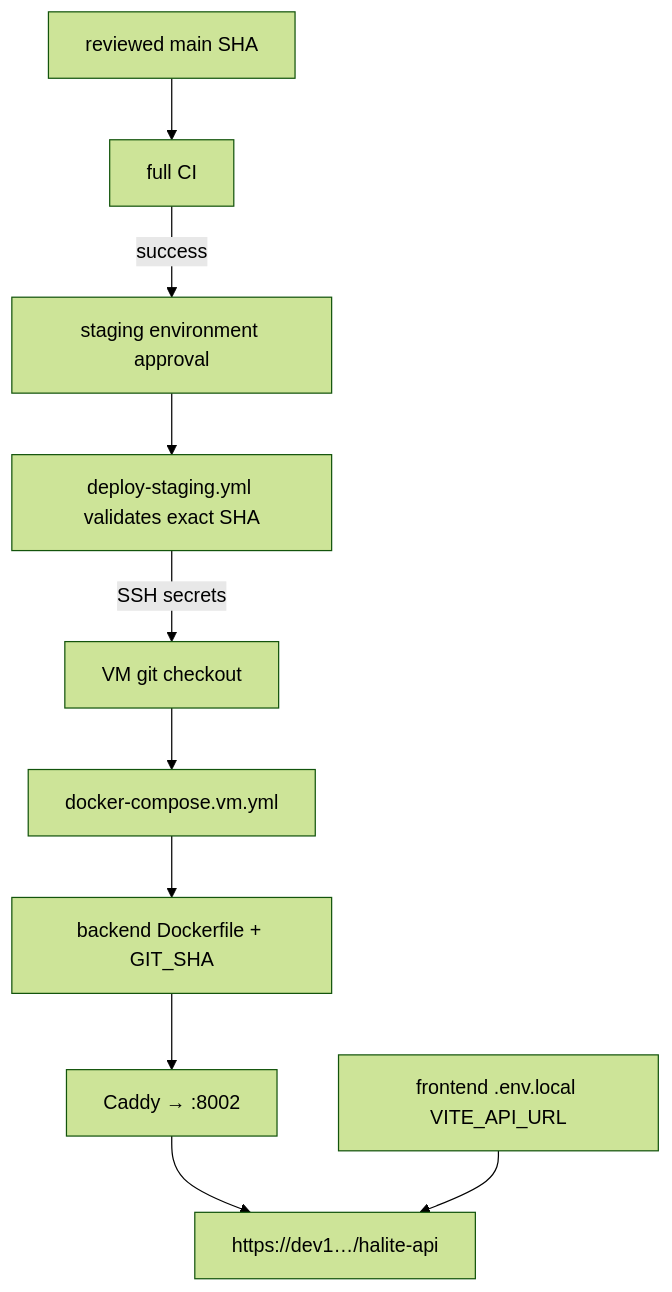
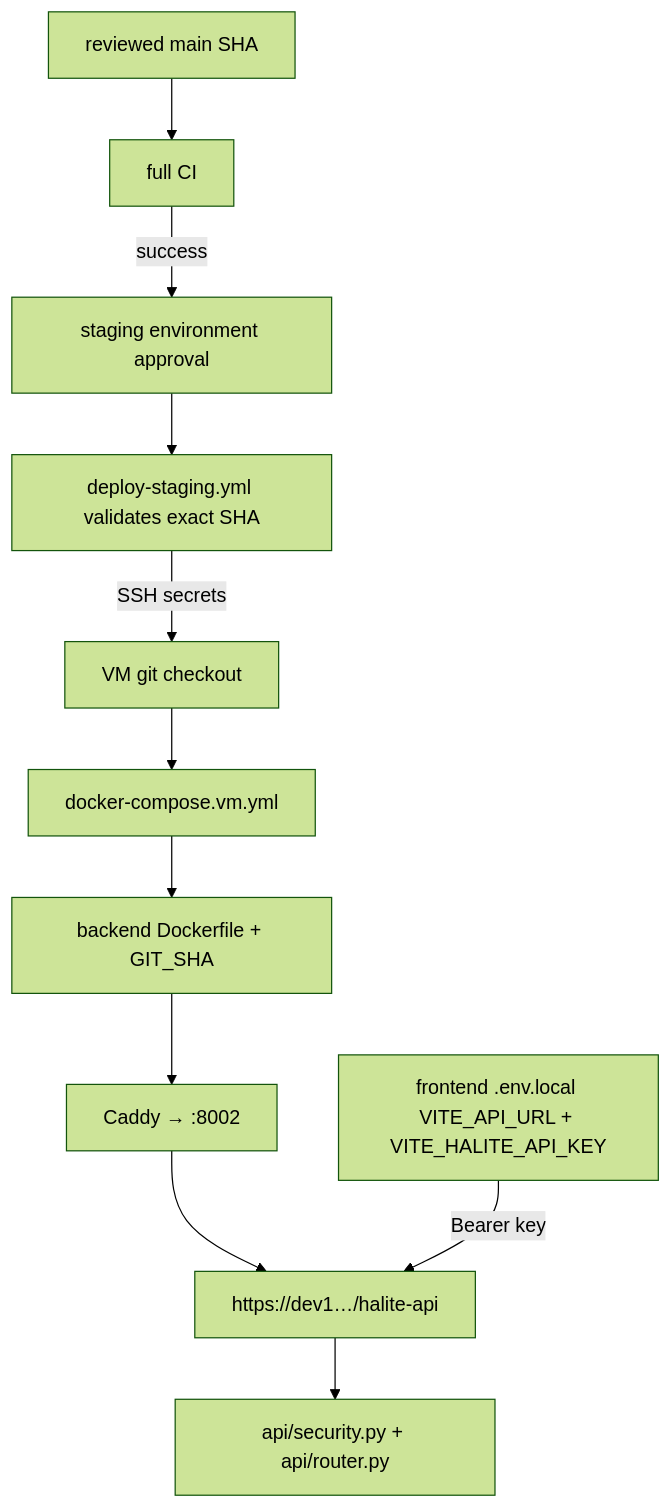
One commit to umaritics/halite changed the second of 2 diagrams in knowledge/flows/FLOW-deploy.md. Above: the diagram before and after it, drawn with Mermaid (forest theme). The commit also changed other lines of this file and 37 other files, not shown here.

Commit message:
feat(security): enforce global API key auth, rate limits, Gitea 410, and container sandboxing

````diff
--- a/knowledge/flows/FLOW-deploy.md
+++ b/knowledge/flows/FLOW-deploy.md
@@ -38,12 +38,13 @@
 ```mermaid
 flowchart TB
   Main[reviewed main SHA] --> CI[full CI]
   CI -->|success| Approval[staging environment approval]
   Approval --> WF[deploy-staging.yml validates exact SHA]
   WF -->|SSH secrets| VM[VM git checkout]
   VM --> Compose[docker-compose.vm.yml]
   Compose --> Image[backend Dockerfile + GIT_SHA]
   Image --> Caddy[Caddy → :8002]
   Caddy --> Public[https://dev1…/halite-api]
-  FE[frontend .env.local VITE_API_URL] --> Public
+  FE[frontend .env.local VITE_API_URL + VITE_HALITE_API_KEY] -->|Bearer key| Public
+  Public --> Sec[api/security.py + api/router.py]
 ```
````
